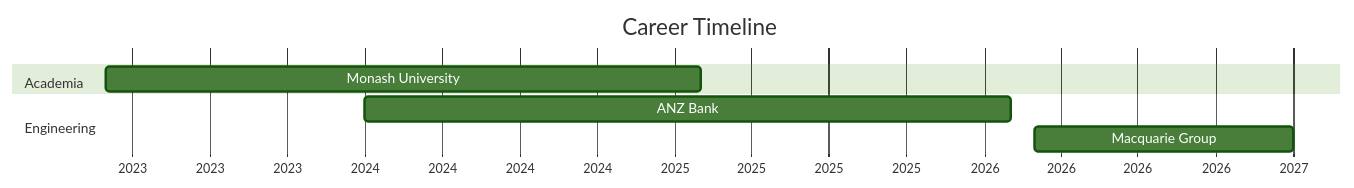
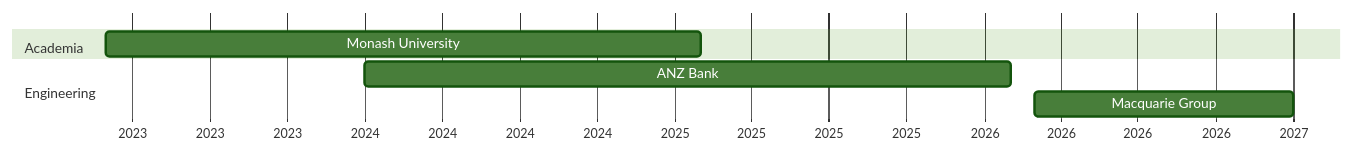
Before and after one commit to maxcraig112/maxcraig112.github.io: the diagram in README.md, drawn with Mermaid (forest theme). The commit also changed other lines of this file and 4 other files, not shown here.

````diff
--- a/README.md
+++ b/README.md
@@ -23,13 +20,12 @@
 ```mermaid
 gantt
-    title Career Timeline
     dateFormat YYYY-MM
     axisFormat %Y
 
     section Academia
     Monash University        :2023-03, 2025-02
 
     section Engineering
     ANZ Bank                  :2024-01, 2026-02
     Macquarie Group           :2026-03, 2027-01
 ```
````
